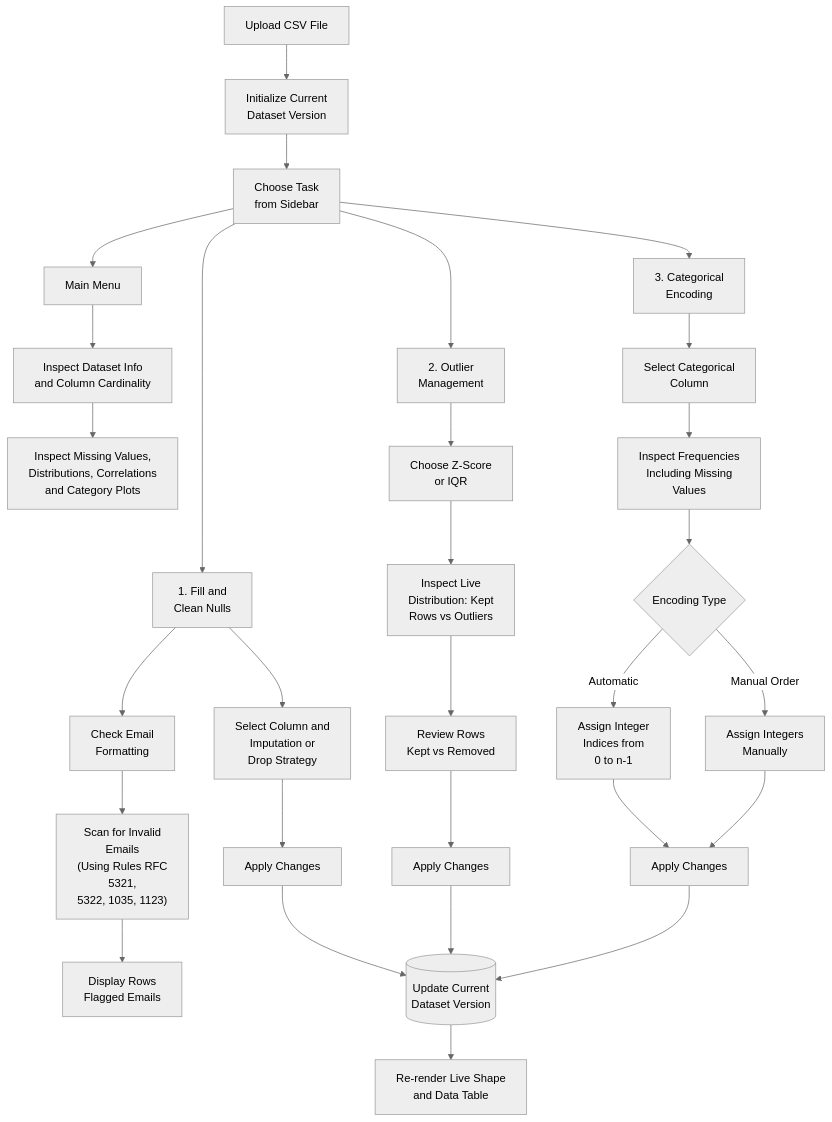
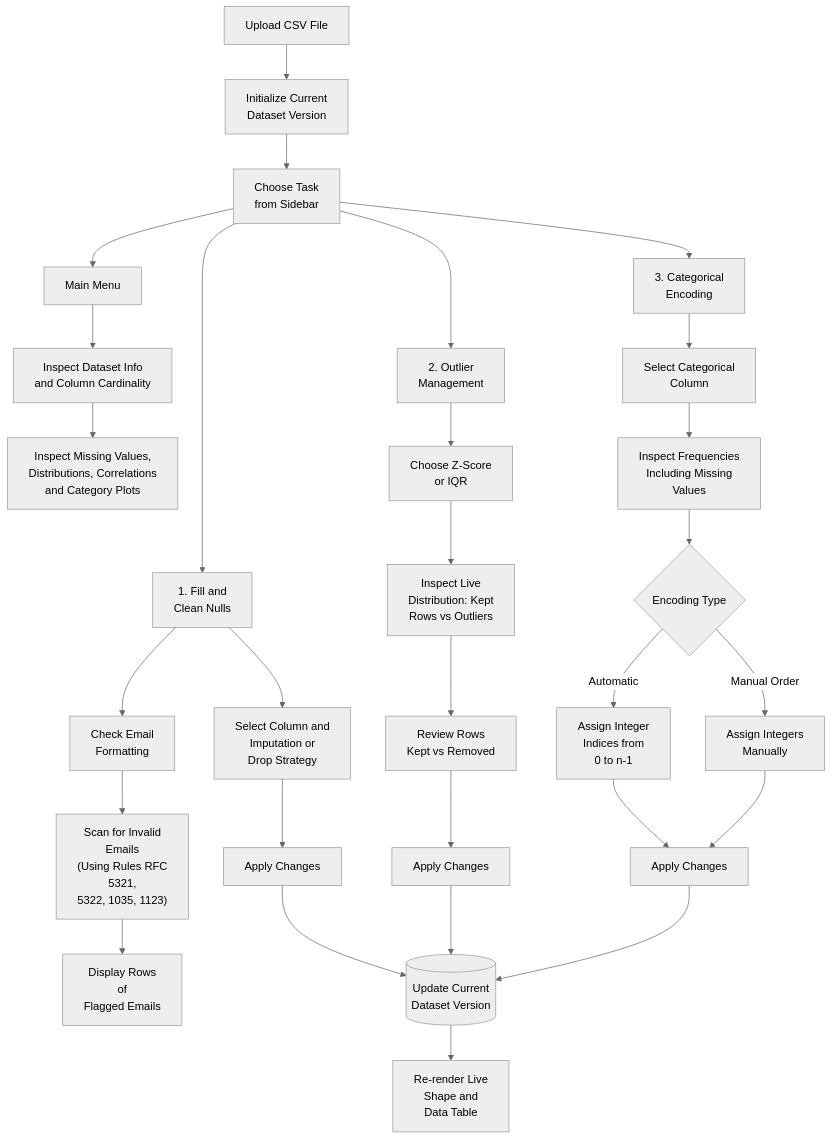
One commit to aniketbhopale/DataLave changed the second of 2 diagrams in README.md. Above: the diagram before and after it, drawn with Mermaid (neutral theme).

Commit message:
minor changes in flow

````diff
--- a/README.md
+++ b/README.md
@@ -71,40 +71,40 @@
 ```mermaid
 
 flowchart TD
     A["Upload CSV File"] --> B["Initialize Current<br/>Dataset Version"]
     B --> C["Choose Task<br/>from Sidebar"]
 
     C --> D["Main Menu"]
     C --> E["1. Fill and<br/>Clean Nulls"]
     C --> F["2. Outlier<br/>Management"]
     C --> G["3. Categorical<br/>Encoding"]
 
     D --> D1["Inspect Dataset Info<br/>and Column Cardinality"]
     D1 --> D2["Inspect Missing Values,<br/>Distributions, Correlations<br/>and Category Plots"]
 
     E --> E1["Select Column and<br/>Imputation or<br/>Drop Strategy"]
     E1 --> E2["Apply Changes"]
 
     E --> E3["Check Email<br/>Formatting"]
     E3 --> E4["Scan for Invalid<br/>Emails<br/>(Using Rules RFC<br/>5321,<br/>5322, 1035, 1123)"]
-    E4 --> E5["Display Rows<br/of<br/>Flagged Emails"]
+    E4 --> E5["Display Rows<br/>of<br/>Flagged Emails"]
 
     F --> F1["Choose Z-Score<br/>or IQR"]
     F1 --> F2["Inspect Live<br/>Distribution: Kept<br/>Rows vs Outliers"]
     F2 --> F3["Review Rows<br/>Kept vs Removed"]
     F3 --> F4["Apply Changes"]
 
     G --> G1["Select Categorical<br/>Column"]
     G1 --> G2["Inspect Frequencies<br/>Including Missing<br/>Values"]
     G2 --> G3{"Encoding Type"}
     G3 -->|Automatic| G4["Assign Integer<br/>Indices from<br/>0 to n-1"]
     G3 -->|Manual Order| G5["Assign Integers<br/>Manually"]
     G4 --> G6["Apply Changes"]
     G5 --> G6
 
     E2 --> H[("Update Current<br/>Dataset Version")]
     F4 --> H
     G6 --> H
-    H --> I["Re-render Live Shape<br/>and Data Table"]
+    H --> I["Re-render Live<br/>Shape and<br/>Data Table"]
 
 ```
````
